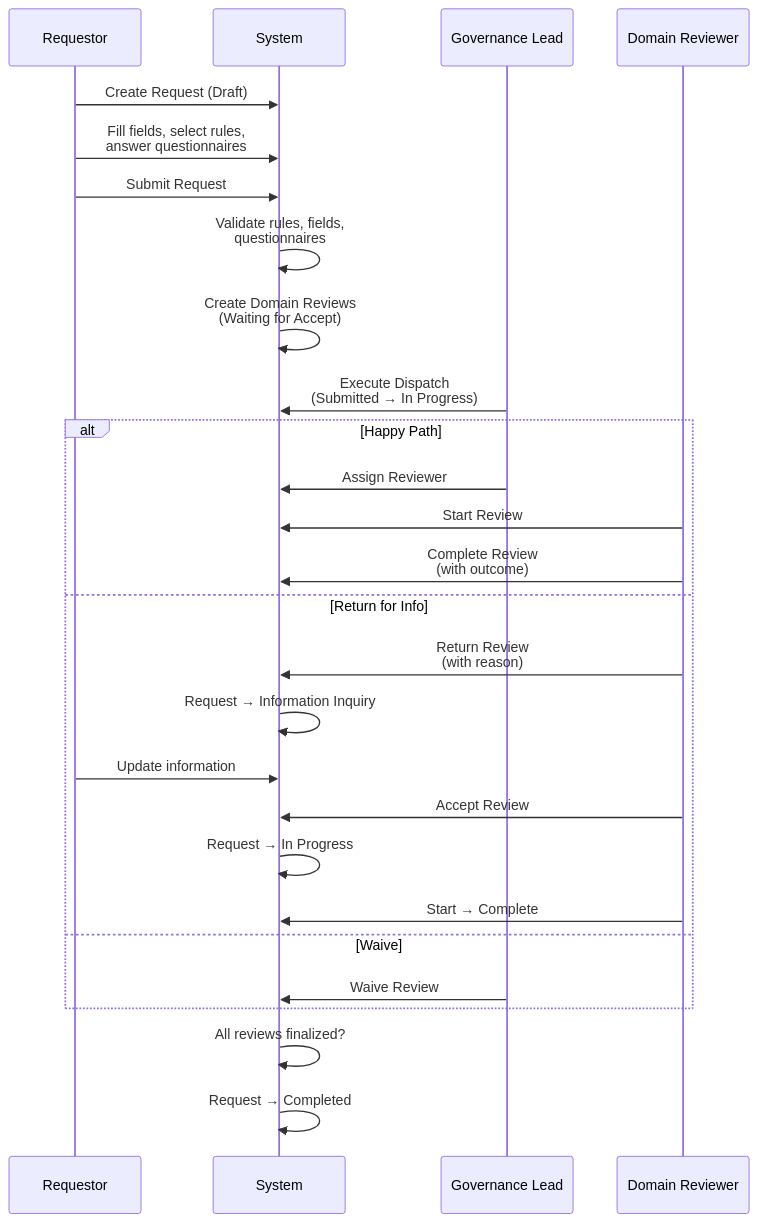
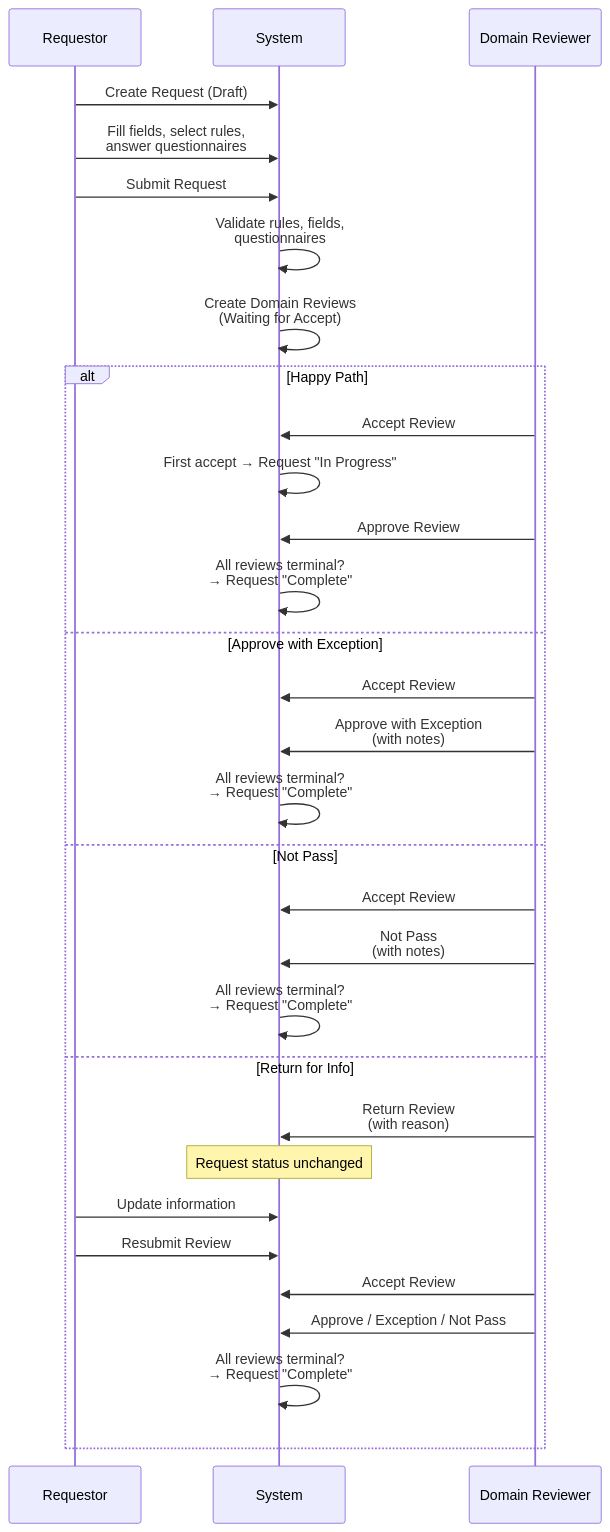
One commit to Ruodong/EGM changed diagram 11 of 12 in docs/state-machine.md. Above: the diagram before and after it, drawn with Mermaid. The commit also changed other lines of this file and 43 other files, not shown here.

````diff
--- a/docs/state-machine.md
+++ b/docs/state-machine.md
@@ -197,33 +300,35 @@
 ```mermaid
 sequenceDiagram
     participant R as Requestor
     participant S as System
-    participant GL as Governance Lead
     participant DR as Domain Reviewer
 
     R->>S: Create Request (Draft)
     R->>S: Fill fields, select rules,<br/>answer questionnaires
     R->>S: Submit Request
     S->>S: Validate rules, fields,<br/>questionnaires
     S->>S: Create Domain Reviews<br/>(Waiting for Accept)
 
-    GL->>S: Execute Dispatch<br/>(Submitted → In Progress)
-
     alt Happy Path
-        GL->>S: Assign Reviewer
-        DR->>S: Start Review
-        DR->>S: Complete Review<br/>(with outcome)
+        DR->>S: Accept Review
+        S->>S: First accept → Request "In Progress"
+        DR->>S: Approve Review
+        S->>S: All reviews terminal?<br/>→ Request "Complete"
+    else Approve with Exception
+        DR->>S: Accept Review
+        DR->>S: Approve with Exception<br/>(with notes)
+        S->>S: All reviews terminal?<br/>→ Request "Complete"
+    else Not Pass
+        DR->>S: Accept Review
+        DR->>S: Not Pass<br/>(with notes)
+        S->>S: All reviews terminal?<br/>→ Request "Complete"
     else Return for Info
         DR->>S: Return Review<br/>(with reason)
-        S->>S: Request → Information Inquiry
+        Note over S: Request status unchanged
         R->>S: Update information
+        R->>S: Resubmit Review
         DR->>S: Accept Review
-        S->>S: Request → In Progress
-        DR->>S: Start → Complete
-    else Waive
-        GL->>S: Waive Review
+        DR->>S: Approve / Exception / Not Pass
+        S->>S: All reviews terminal?<br/>→ Request "Complete"
     end
-
-    S->>S: All reviews finalized?
-    S->>S: Request → Completed
 ```
````
